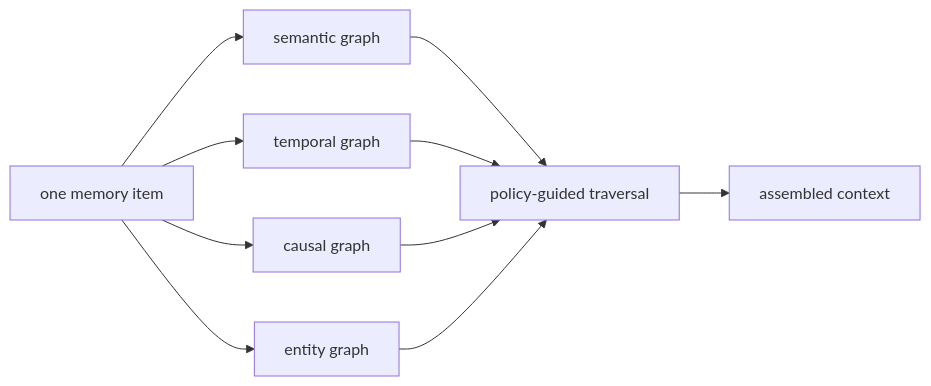
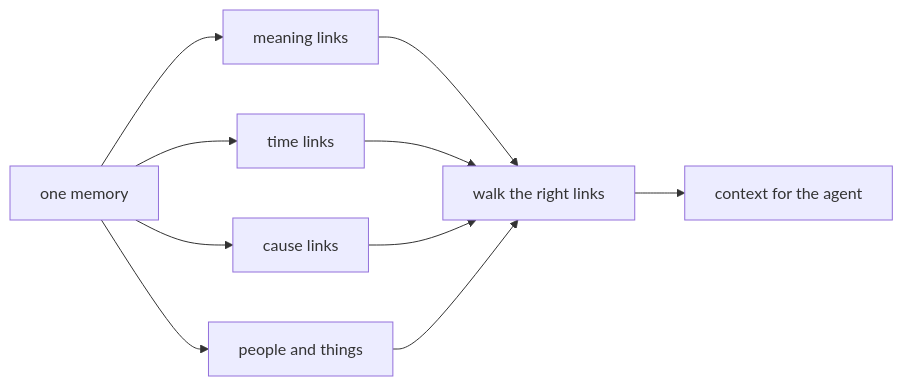
The second of 4 diagrams in data/blog/graph-engineering-for-agentic-ai.mdx (ashimsharma10/ashimsharma10.github.io), drawn with Mermaid before and after one commit. The commit also changed other lines of this file and 3 other files, not shown here.

Commit message:
Simplify graph engineering write-up and drop code snippets

````diff
--- a/data/blog/graph-engineering-for-agentic-ai.mdx
+++ b/data/blog/graph-engineering-for-agentic-ai.mdx
@@ -133,12 +86,12 @@
 ```mermaid
 flowchart LR
-    E[one memory item] --> S[semantic graph]
-    E --> T[temporal graph]
-    E --> C[causal graph]
-    E --> N[entity graph]
-    S --> Q[policy-guided traversal]
+    E[one memory] --> S[meaning links]
+    E --> T[time links]
+    E --> C[cause links]
+    E --> N[people and things]
+    S --> Q[walk the right links]
     T --> Q
     C --> Q
     N --> Q
-    Q --> A[assembled context]
+    Q --> A[context for the agent]
 ```
````
